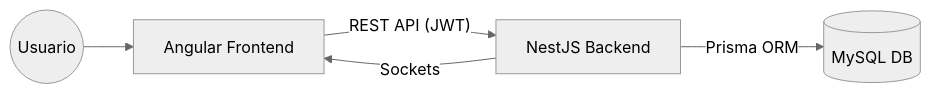
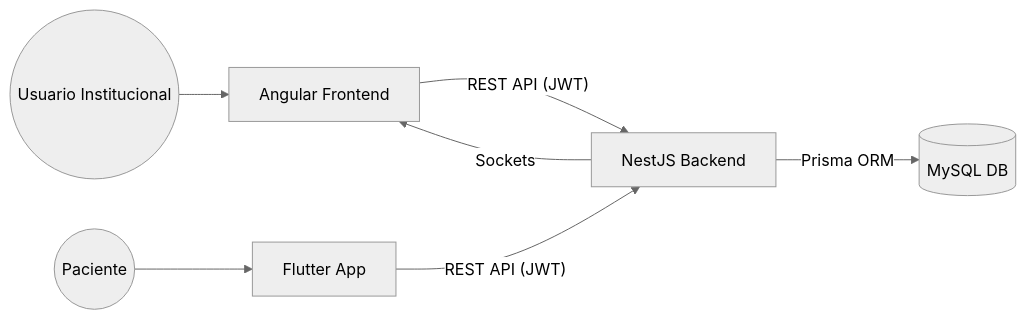
Before and after one commit to ebarahonahn/siss: the diagram in DOCUMENTACION_TECNICA.md, drawn with Mermaid (neutral theme). The commit also changed other lines of this file and 3 other files, not shown here.

````diff
--- a/DOCUMENTACION_TECNICA.md
+++ b/DOCUMENTACION_TECNICA.md
@@ -13,7 +13,9 @@
 ```mermaid
 graph LR
-    User((Usuario)) --> Frontend[Angular Frontend]
+    User((Usuario Institucional)) --> Frontend[Angular Frontend]
+    Ciudadano((Paciente)) --> Mobile[Flutter App]
     Frontend -- REST API (JWT) --> Backend[NestJS Backend]
+    Mobile -- REST API (JWT) --> Backend
     Backend -- Prisma ORM --> DB[(MySQL DB)]
     Backend -- Sockets --> Frontend
 ```
````
